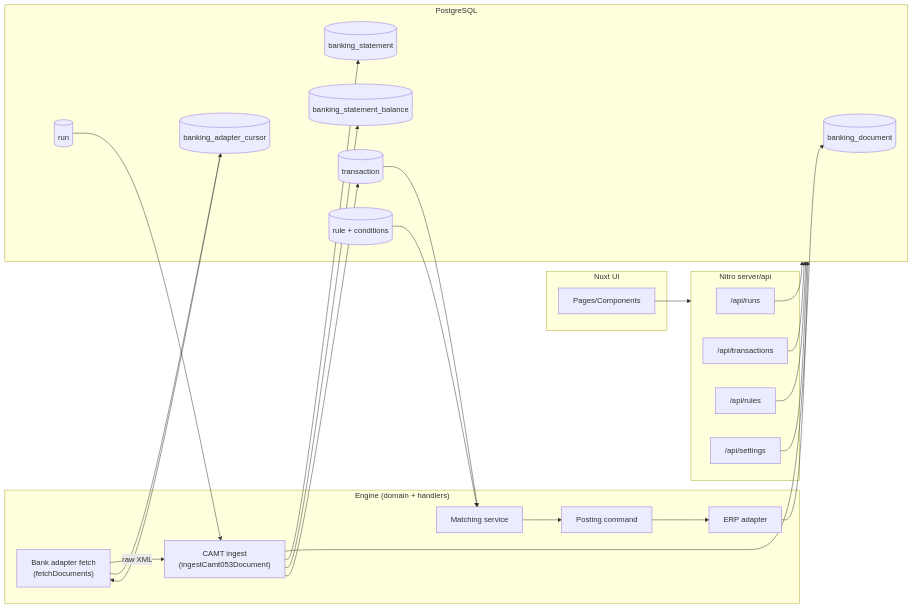
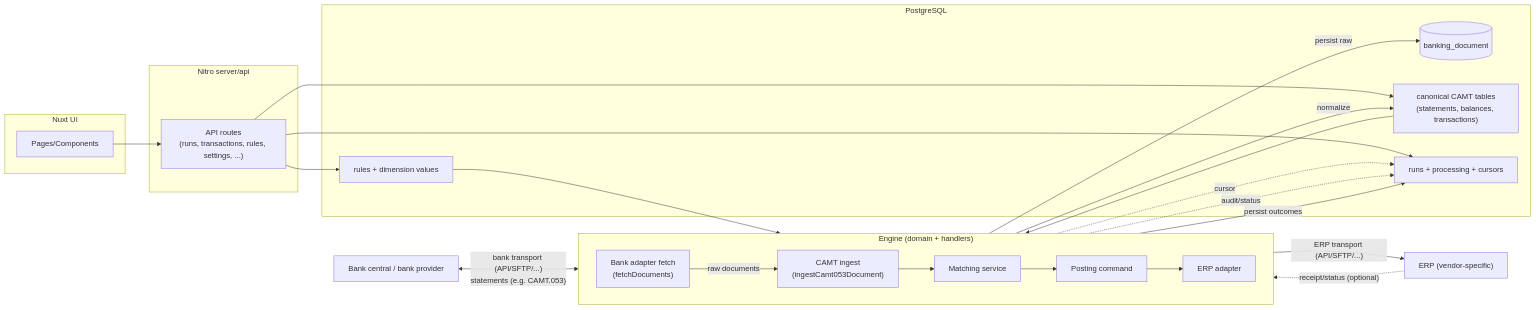
The diagram in ARCHITECTURE.md (Randers-Kommune-Digitalisering/auto-bankposteringer-nordea-kmdopus), drawn with Mermaid before and after one commit. The commit also changed other lines of this file, not shown here.

Commit message:
feat: enhance architecture diagram with detailed engine flow and external system interactions

````diff
--- a/ARCHITECTURE.md
+++ b/ARCHITECTURE.md
@@ -36,54 +36,54 @@
 ```mermaid
 flowchart LR
+  %% External systems
+  BankCentral["Bank central / bank provider"]
+  ERPSys["ERP (vendor-specific)"]
+
+  %% Core pipeline (engine)
+  subgraph Engine["Engine (domain + handlers)"]
+    direction LR
+    Fetch["Bank adapter fetch<br/>(fetchDocuments)"]
+    Ingest["CAMT ingest<br/>(ingestCamt053Document)"]
+    Match["Matching service"]
+    Post["Posting command"]
+    ERP["ERP adapter"]
+  end
+
+  BankCentral <-->|"bank transport (API/SFTP/...)<br/>statements (e.g. CAMT.053)"| Fetch
+  Fetch -->|raw documents| Ingest
+  Ingest --> Match
+  Match --> Post
+  Post --> ERP
+  ERP -->|"ERP transport (API/SFTP/...)"| ERPSys
+  ERPSys -.->|"receipt/status (optional)"| ERP
+
+  %% Application surfaces
   subgraph UI["Nuxt UI"]
     Pages[Pages/Components]
   end
 
   subgraph API["Nitro server/api"]
-    RunsAPI["/api/runs"]
-    TxAPI["/api/transactions"]
-    RulesAPI["/api/rules"]
-    SettingsAPI["/api/settings"]
-  end
-
-  subgraph Engine["Engine (domain + handlers)"]
-    Fetch["Bank adapter fetch<br/>(fetchDocuments)"]
-    Ingest["CAMT ingest<br/>(ingestCamt053Document)"]
-    Match[Matching service]
-    Post[Posting command]
-    ERP[ERP adapter]
+    ApiRoutes["API routes<br/>(runs, transactions, rules, settings, ...)"]
   end
 
   subgraph DB["PostgreSQL"]
     Doc[(banking_document)]
-    Stmt[(banking_statement)]
-    Bal[(banking_statement_balance)]
-    Tx[(transaction)]
-    Rule[(rule + conditions)]
-    Cursor[(banking_adapter_cursor)]
-    Run[(run)]
+    Canon["canonical CAMT tables<br/>(statements, balances, transactions)"]
+    Rules["rules + dimension values"]
+    Ops["runs + processing + cursors"]
   end
 
-  Pages --> API
-  RunsAPI --> DB
-  TxAPI --> DB
-  RulesAPI --> DB
-  SettingsAPI --> DB
+  Pages --> ApiRoutes
+  ApiRoutes --> Canon
+  ApiRoutes --> Rules
+  ApiRoutes --> Ops
 
-  Fetch -->|raw XML| Ingest
-  Ingest --> Doc
-  Ingest --> Stmt
-  Ingest --> Bal
-  Ingest --> Tx
+  Ingest -->|persist raw| Doc
+  Ingest -->|normalize| Canon
+  Canon --> Match
+  Rules --> Match
 
-  Fetch --> Cursor
-  Cursor --> Fetch
-
-  Tx --> Match
-  Rule --> Match
-  Match --> Post
-  Post --> ERP
-  ERP --> DB
-
-  Run --> Ingest
+  Fetch -.->|cursor| Ops
+  Ingest -.->|audit/status| Ops
+  ERP -->|persist outcomes| Ops
 ```
````
